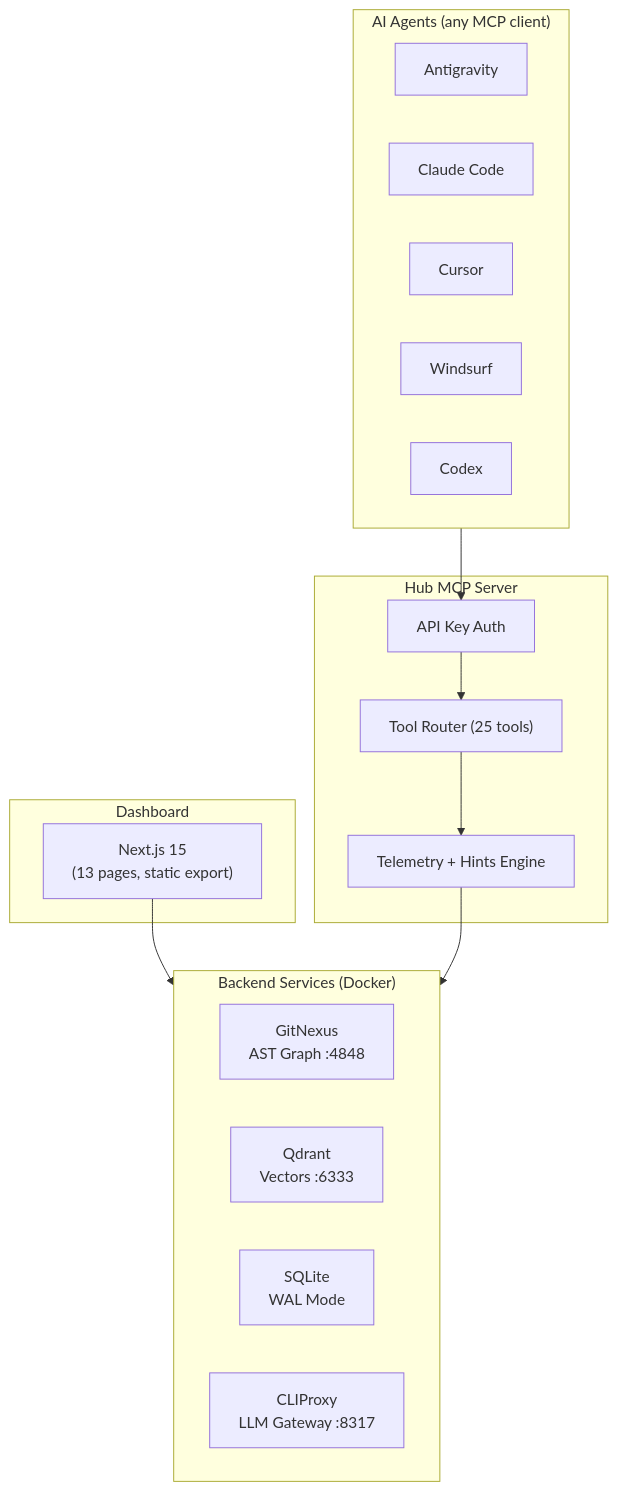
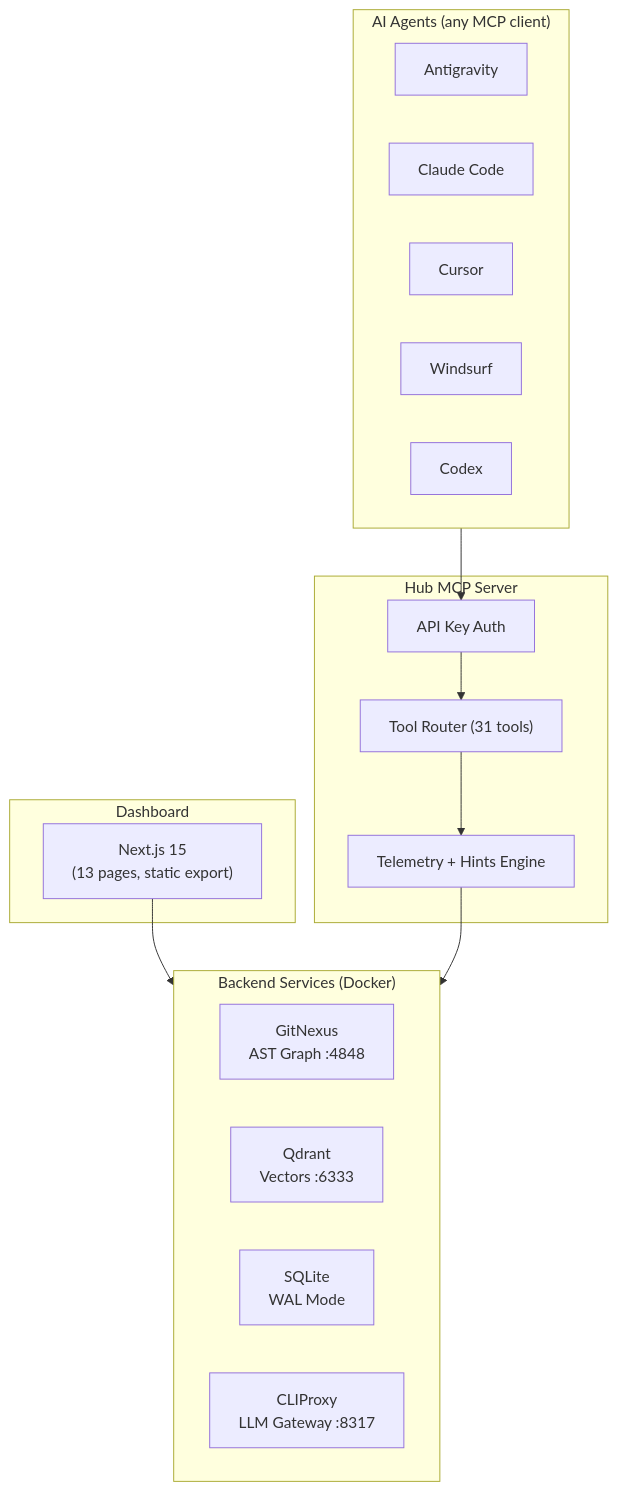
Before and after one commit to lktiep/cortex-hub: the diagram in README.md, drawn with Mermaid. The commit also changed other lines of this file and 7 other files, not shown here.

````diff
--- a/README.md
+++ b/README.md
@@ -281,32 +281,32 @@
 ```mermaid
 graph TB
     subgraph Agents["AI Agents (any MCP client)"]
         AG["Antigravity"]
         CC["Claude Code"]
         CU["Cursor"]
         WS["Windsurf"]
         CX["Codex"]
     end
 
     subgraph Gateway["Hub MCP Server"]
         AUTH["API Key Auth"]
-        ROUTER["Tool Router (25 tools)"]
+        ROUTER["Tool Router (31 tools)"]
         TEL["Telemetry + Hints Engine"]
     end
 
     subgraph Services["Backend Services (Docker)"]
         direction LR
         GN["GitNexus<br/>AST Graph :4848"]
         QD["Qdrant<br/>Vectors :6333"]
         DB["SQLite<br/>WAL Mode"]
         CLIP["CLIProxy<br/>LLM Gateway :8317"]
     end
 
     subgraph Frontend["Dashboard"]
         DASH["Next.js 15<br/>(13 pages, static export)"]
     end
 
     Agents --> AUTH --> ROUTER --> TEL
     TEL --> Services
     DASH --> DB
 ```
````
